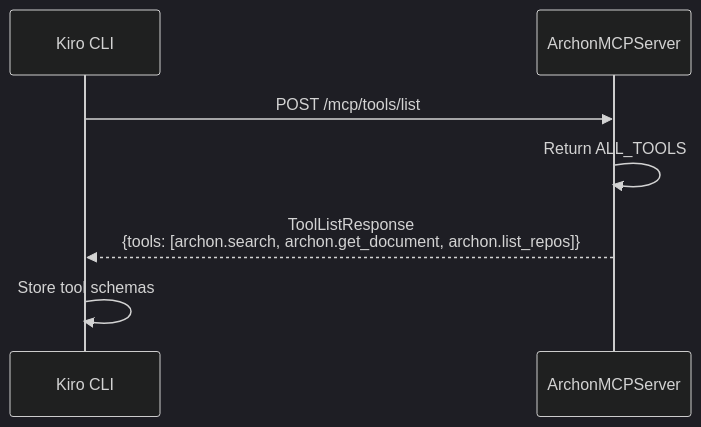
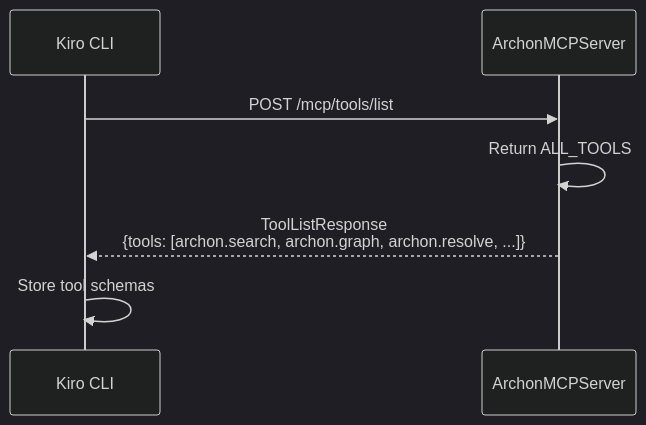
One commit to bdchatham/ArchonMCPServer changed the fifth of 6 diagrams in .kiro/docs/architecture.md. Above: the diagram before and after it, drawn with Mermaid (dark theme). The commit also changed other lines of this file and 43 other files, not shown here.

````diff
--- a/.kiro/docs/architecture.md
+++ b/.kiro/docs/architecture.md
@@ -139,10 +285,10 @@
 ```mermaid
 sequenceDiagram
     participant K as Kiro CLI
     participant M as ArchonMCPServer
     
     K->>M: POST /mcp/tools/list
     M->>M: Return ALL_TOOLS
-    M-->>K: ToolListResponse<br/>{tools: [archon.search, archon.get_document, archon.list_repos]}
+    M-->>K: ToolListResponse<br/>{tools: [archon.search, archon.graph, archon.resolve, ...]}
     K->>K: Store tool schemas
 ```
````
